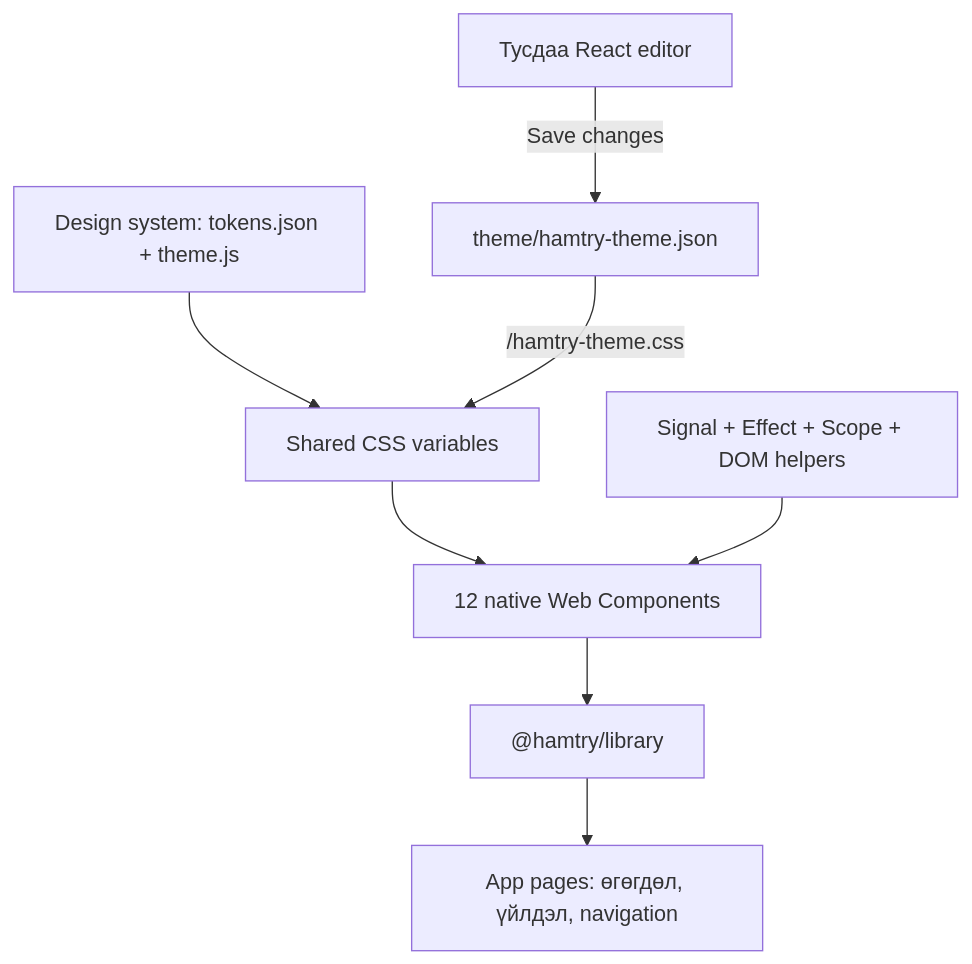
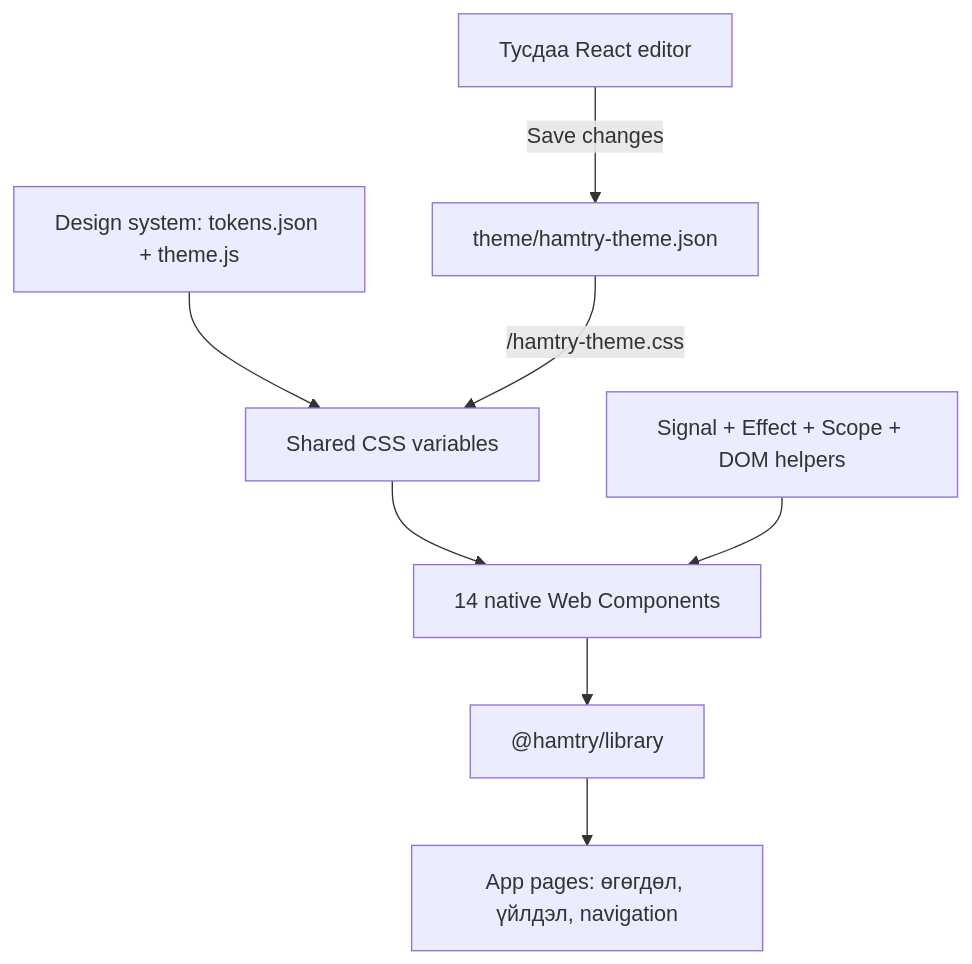
One commit to itemuln/hamtry changed the diagram in docs/human/architecture.md. Above: the diagram before and after it, drawn with Mermaid. The commit also changed other lines of this file and 44 other files, not shown here.

````diff
--- a/docs/human/architecture.md
+++ b/docs/human/architecture.md
@@ -6,10 +6,10 @@
 ```mermaid
 flowchart TD
   Tokens["Design system: tokens.json + theme.js"] --> Theme["Shared CSS variables"]
-  Theme --> Components["12 native Web Components"]
+  Theme --> Components["14 native Web Components"]
   Framework["Signal + Effect + Scope + DOM helpers"] --> Components
   Components --> Library["@hamtry/library"]
   Library --> Pages["App pages: өгөгдөл, үйлдэл, navigation"]
   Editor["Тусдаа React editor"] -->|"Save changes"| Store["theme/hamtry-theme.json"]
   Store -->|"/hamtry-theme.css"| Theme
 ```
````
